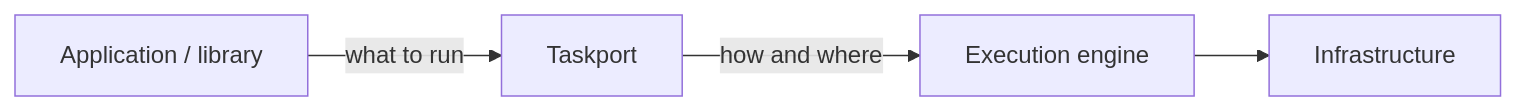
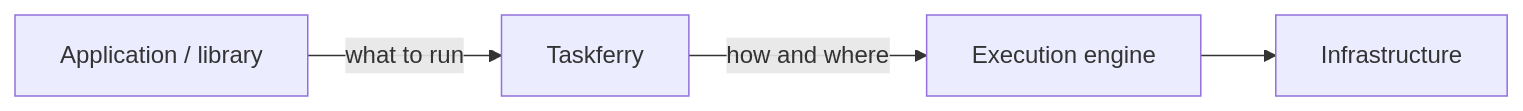
One commit to xiidigital/taskferry changed the diagram in docs/adr/0001-portable-execution-layer.md. Above: the diagram before and after it, drawn with Mermaid. The commit also changed other lines of this file and 424 other files, not shown here.

First line of the commit message:
refactor: rebrand taskport to taskferry across all distributions

````diff
--- a/docs/adr/0001-portable-execution-layer.md
+++ b/docs/adr/0001-portable-execution-layer.md
@@ -30,11 +30,11 @@
 ```mermaid
 flowchart LR
     APP["Application / library"]
-    TP["Taskport"]
+    TP["Taskferry"]
     ENGINE["Execution engine"]
     INFRA["Infrastructure"]
 
     APP -->|"what to run"| TP
     TP -->|"how and where"| ENGINE
     ENGINE --> INFRA
 ```
````
